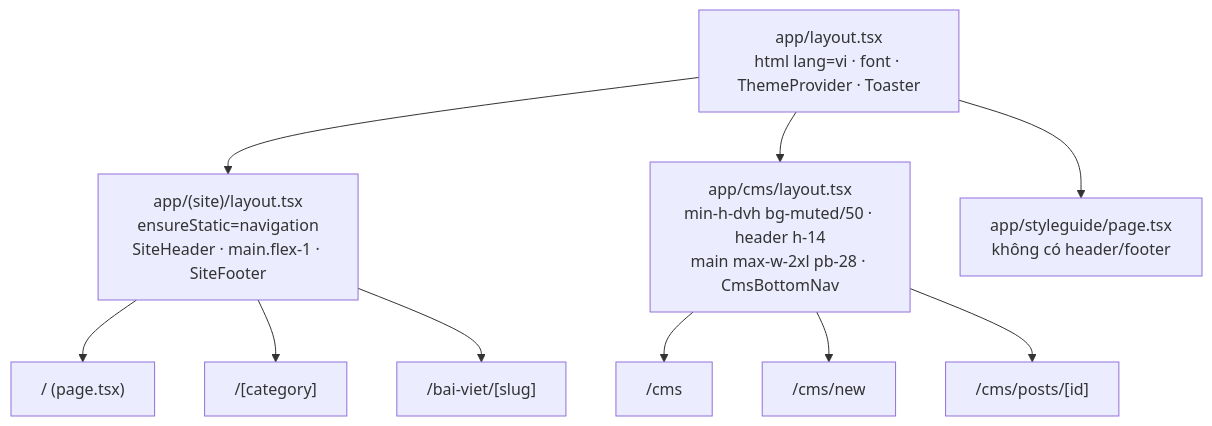
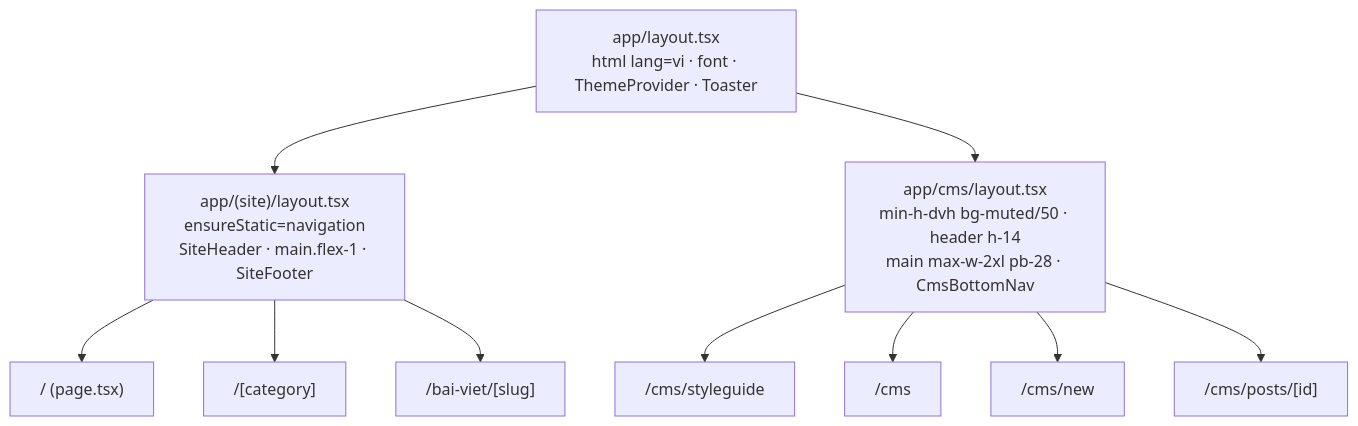
One commit to lqvinh1205/affiliate-project changed the diagram in docs/nen-tang-ky-thuat/giao-dien.md. Above: the diagram before and after it, drawn with Mermaid. The commit also changed other lines of this file and 21 other files, not shown here.

````diff
--- a/docs/nen-tang-ky-thuat/giao-dien.md
+++ b/docs/nen-tang-ky-thuat/giao-dien.md
@@ -167,13 +170,13 @@
 ```mermaid
 flowchart TD
   Root["app/layout.tsx<br/>html lang=vi · font · ThemeProvider · Toaster"]
   Root --> Site["app/(site)/layout.tsx<br/>ensureStatic=navigation<br/>SiteHeader · main.flex-1 · SiteFooter"]
   Root --> Cms["app/cms/layout.tsx<br/>min-h-dvh bg-muted/50 · header h-14<br/>main max-w-2xl pb-28 · CmsBottomNav"]
-  Root --> Sg["app/styleguide/page.tsx<br/>không có header/footer"]
+  Cms --> Sg["/cms/styleguide"]
   Site --> Home["/ (page.tsx)"]
   Site --> Cat["/[category]"]
   Site --> Post["/bai-viet/[slug]"]
   Cms --> List["/cms"]
   Cms --> New["/cms/new"]
   Cms --> Edit["/cms/posts/[id]"]
 ```
````
